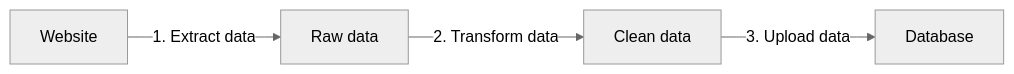
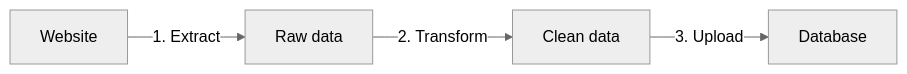
One commit to JuroOravec/crawlee-one changed the diagram in docs/playbook-09-data-pipelines-metamorph.md. Above: the diagram before and after it, drawn with Mermaid (neutral theme). The commit also changed other lines of this file and 18 other files, not shown here.

````diff
--- a/docs/playbook-09-data-pipelines-metamorph.md
+++ b/docs/playbook-09-data-pipelines-metamorph.md
@@ -36,4 +15,4 @@
 ```mermaid
 flowchart LR
-  Website -- 1. Extract data --> raw[Raw data] -- 2. Transform data --> clean[Clean data] -- 3. Upload data --> Database
+  Website -- 1. Extract --> raw[Raw data] -- 2. Transform --> clean[Clean data] -- 3. Upload --> Database
 ```
````
